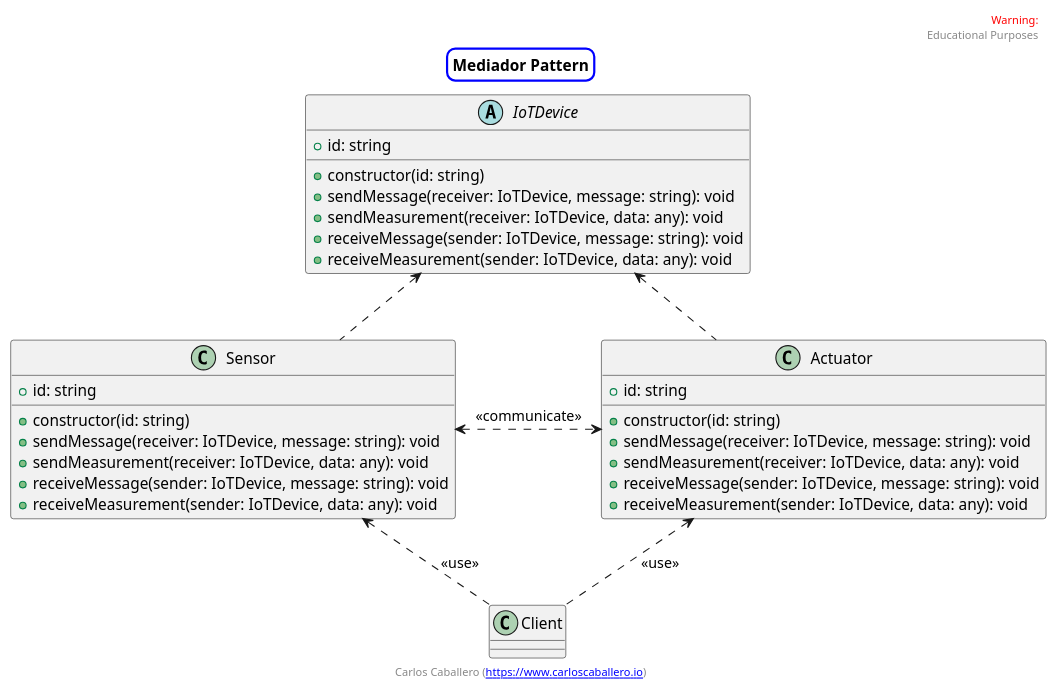
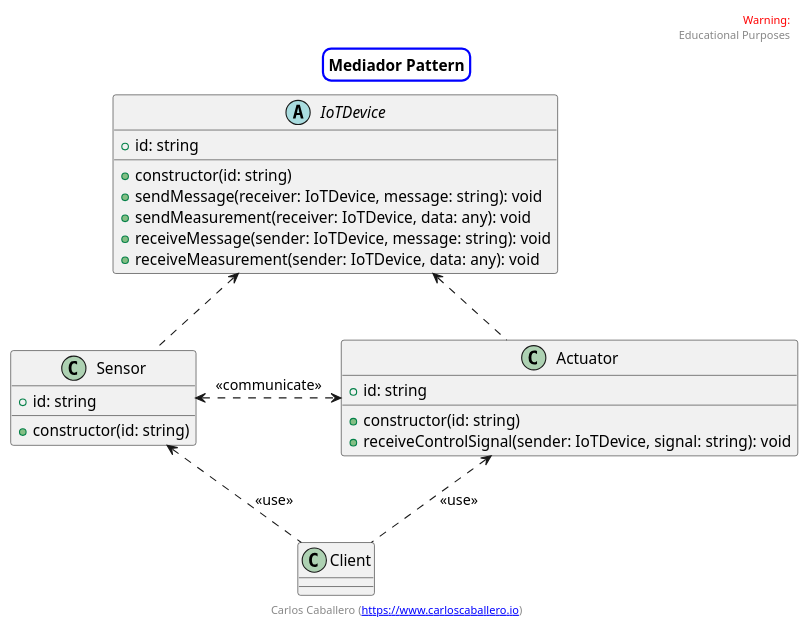
The diagram in mediator-pattern/example2/problem/uml.puml (Caballerog/blog), drawn with PlantUML before and after one commit. The commit also changed 5 other files, not shown here.

```diff
--- a/mediator-pattern/example2/problem/uml.puml
+++ b/mediator-pattern/example2/problem/uml.puml
@@ -2,50 +2,43 @@
 @startuml
 skinparam titleBorderRoundCorner 15
 skinparam titleBorderThickness 2
 skinparam titleBorderColor blue
 
 
 header
 <font color=red>Warning:</font>
 Educational Purposes
 endheader
 
 center footer Carlos Caballero ([[https://www.carloscaballero.io https://www.carloscaballero.io]])
 
 
 title Mediador Pattern
 
 class Sensor {
   + id: string
   + constructor(id: string)
-  + sendMessage(receiver: IoTDevice, message: string): void
-  + sendMeasurement(receiver: IoTDevice, data: any): void
-  + receiveMessage(sender: IoTDevice, message: string): void
-  + receiveMeasurement(sender: IoTDevice, data: any): void
 }
 
 class Actuator {
   + id: string
   + constructor(id: string)
-  + sendMessage(receiver: IoTDevice, message: string): void
-  + sendMeasurement(receiver: IoTDevice, data: any): void
-  + receiveMessage(sender: IoTDevice, message: string): void
-  + receiveMeasurement(sender: IoTDevice, data: any): void
+  + receiveControlSignal(sender: IoTDevice, signal: string): void 
 }
 
 abstract class IoTDevice {
   + id: string
   + constructor(id: string)
   + sendMessage(receiver: IoTDevice, message: string): void
   + sendMeasurement(receiver: IoTDevice, data: any): void
   + receiveMessage(sender: IoTDevice, message: string): void
   + receiveMeasurement(sender: IoTDevice, data: any): void
 }
 
 IoTDevice <.. Sensor
 IoTDevice <.. Actuator
 Sensor <.. Client  : "<<use>>"
 Actuator <.. Client  : "<<use>>"
 
 Sensor <.> Actuator: "<<communicate>>"
 @enduml
```
